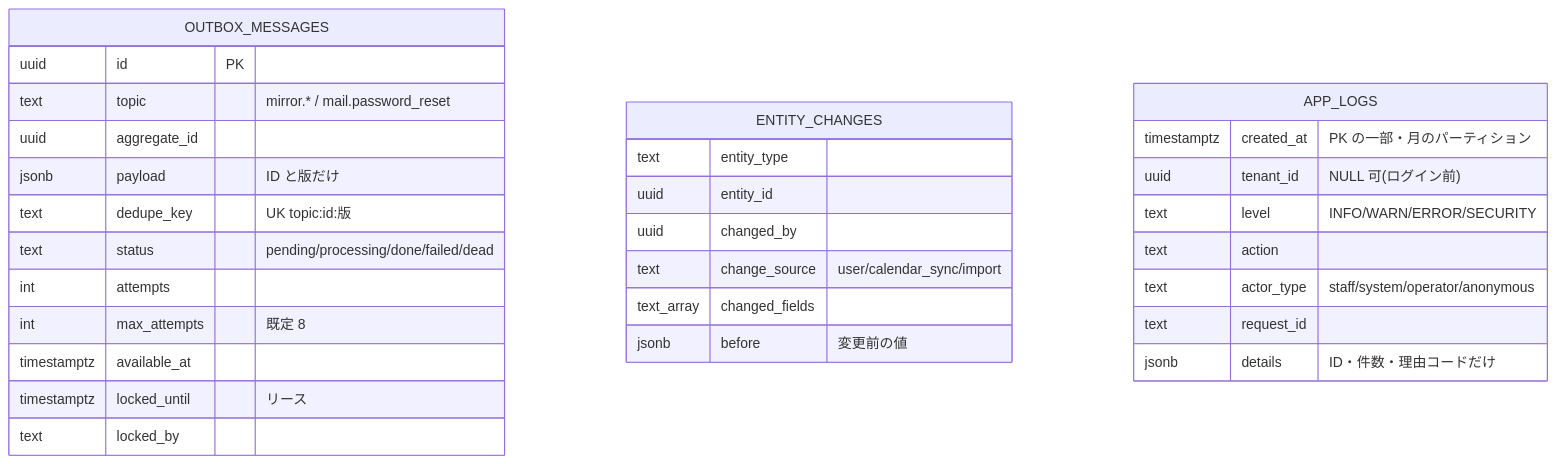
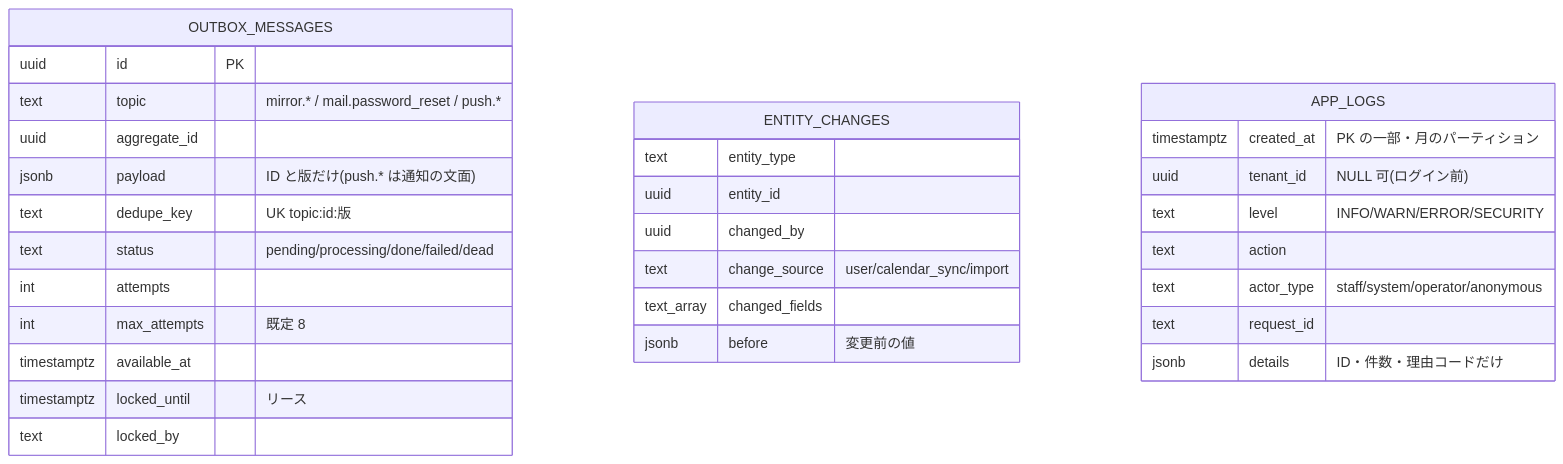
The fifth of 5 diagrams in doc/03_データベース設計.md (katahimo-dev/katahimo-app), drawn with Mermaid before and after one commit. The commit also changed other lines of this file and 10 other files, not shown here.

````diff
--- a/doc/03_データベース設計.md
+++ b/doc/03_データベース設計.md
@@ -294,33 +305,33 @@
 ```mermaid
 erDiagram
     OUTBOX_MESSAGES {
         uuid id PK
-        text topic "mirror.* / mail.password_reset"
+        text topic "mirror.* / mail.password_reset / push.*"
         uuid aggregate_id
-        jsonb payload "ID と版だけ"
+        jsonb payload "ID と版だけ(push.* は通知の文面)"
         text dedupe_key "UK topic:id:版"
         text status "pending/processing/done/failed/dead"
         int attempts
         int max_attempts "既定 8"
         timestamptz available_at
         timestamptz locked_until "リース"
         text locked_by
     }
     ENTITY_CHANGES {
         text entity_type
         uuid entity_id
         uuid changed_by
         text change_source "user/calendar_sync/import"
         text_array changed_fields
         jsonb before "変更前の値"
     }
     APP_LOGS {
         timestamptz created_at "PK の一部・月のパーティション"
         uuid tenant_id "NULL 可(ログイン前)"
         text level "INFO/WARN/ERROR/SECURITY"
         text action
         text actor_type "staff/system/operator/anonymous"
         text request_id
         jsonb details "ID・件数・理由コードだけ"
     }
 ```
````
